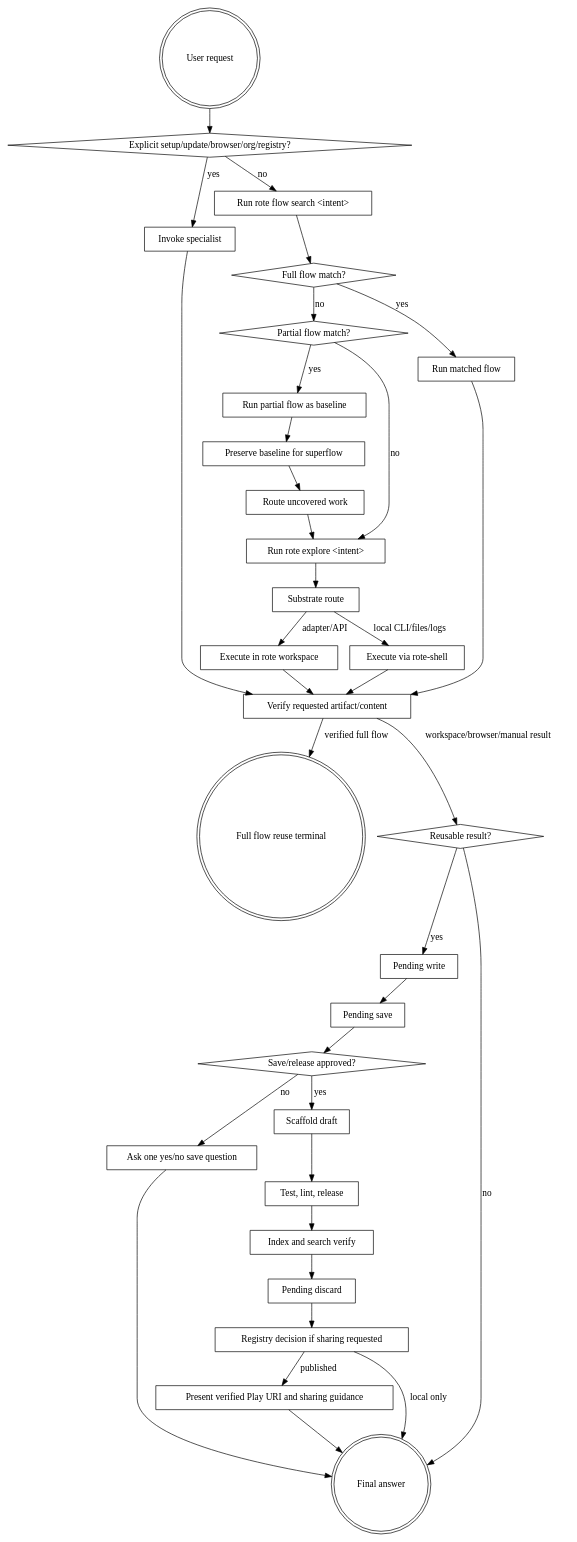
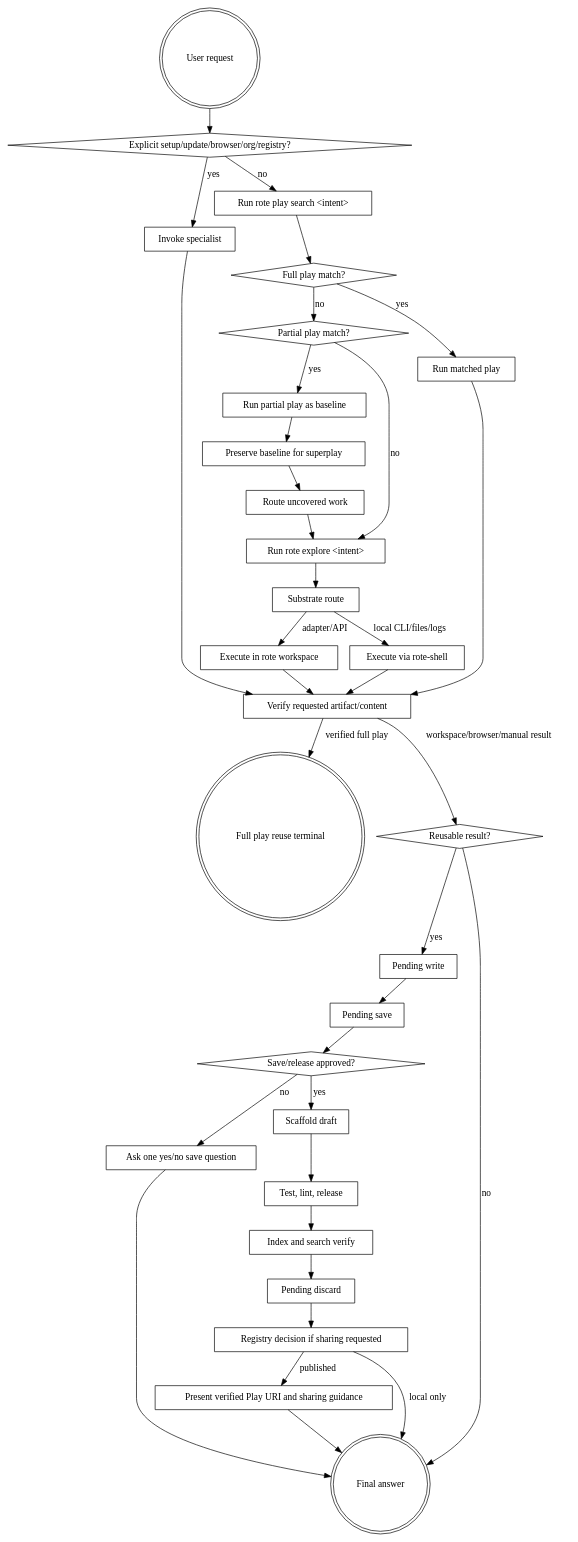
Before and after one commit to modiqo/rote-skills: the diagram in plugins/rote/skills/rote/SKILL.md, drawn with Graphviz. The commit also changed other lines of this file and 31 other files, not shown here.

````diff
--- a/plugins/rote/skills/rote/SKILL.md
+++ b/plugins/rote/skills/rote/SKILL.md
@@ -128,67 +128,67 @@
 ```dot
 digraph rote_flow {
     "User request" [shape=doublecircle];
     "Explicit setup/update/browser/org/registry?" [shape=diamond];
     "Invoke specialist" [shape=box];
-    "Run rote flow search <intent>" [shape=box];
-    "Full flow match?" [shape=diamond];
-    "Partial flow match?" [shape=diamond];
-    "Run matched flow" [shape=box];
-    "Run partial flow as baseline" [shape=box];
-    "Preserve baseline for superflow" [shape=box];
-    "Full flow reuse terminal" [shape=doublecircle];
+    "Run rote play search <intent>" [shape=box];
+    "Full play match?" [shape=diamond];
+    "Partial play match?" [shape=diamond];
+    "Run matched play" [shape=box];
+    "Run partial play as baseline" [shape=box];
+    "Preserve baseline for superplay" [shape=box];
+    "Full play reuse terminal" [shape=doublecircle];
     "Route uncovered work" [shape=box];
     "Run rote explore <intent>" [shape=box];
     "Substrate route" [shape=box];
     "Execute in rote workspace" [shape=box];
     "Execute via rote-shell" [shape=box];
     "Verify requested artifact/content" [shape=box];
     "Reusable result?" [shape=diamond];
     "Pending write" [shape=box];
     "Pending save" [shape=box];
     "Save/release approved?" [shape=diamond];
     "Ask one yes/no save question" [shape=box];
     "Scaffold draft" [shape=box];
     "Test, lint, release" [shape=box];
     "Index and search verify" [shape=box];
     "Pending discard" [shape=box];
     "Registry decision if sharing requested" [shape=box];
     "Present verified Play URI and sharing guidance" [shape=box];
     "Final answer" [shape=doublecircle];
 
     "User request" -> "Explicit setup/update/browser/org/registry?";
     "Explicit setup/update/browser/org/registry?" -> "Invoke specialist" [label="yes"];
-    "Explicit setup/update/browser/org/registry?" -> "Run rote flow search <intent>" [label="no"];
+    "Explicit setup/update/browser/org/registry?" -> "Run rote play search <intent>" [label="no"];
     "Invoke specialist" -> "Verify requested artifact/content";
-    "Run rote flow search <intent>" -> "Full flow match?";
-    "Full flow match?" -> "Run matched flow" [label="yes"];
-    "Full flow match?" -> "Partial flow match?" [label="no"];
-    "Run matched flow" -> "Verify requested artifact/content";
-    "Partial flow match?" -> "Run partial flow as baseline" [label="yes"];
-    "Partial flow match?" -> "Run rote explore <intent>" [label="no"];
-    "Run partial flow as baseline" -> "Preserve baseline for superflow";
-    "Preserve baseline for superflow" -> "Route uncovered work";
+    "Run rote play search <intent>" -> "Full play match?";
+    "Full play match?" -> "Run matched play" [label="yes"];
+    "Full play match?" -> "Partial play match?" [label="no"];
+    "Run matched play" -> "Verify requested artifact/content";
+    "Partial play match?" -> "Run partial play as baseline" [label="yes"];
+    "Partial play match?" -> "Run rote explore <intent>" [label="no"];
+    "Run partial play as baseline" -> "Preserve baseline for superplay";
+    "Preserve baseline for superplay" -> "Route uncovered work";
     "Route uncovered work" -> "Run rote explore <intent>";
     "Run rote explore <intent>" -> "Substrate route";
     "Substrate route" -> "Execute in rote workspace" [label="adapter/API"];
     "Substrate route" -> "Execute via rote-shell" [label="local CLI/files/logs"];
     "Execute in rote workspace" -> "Verify requested artifact/content";
     "Execute via rote-shell" -> "Verify requested artifact/content";
-    "Verify requested artifact/content" -> "Full flow reuse terminal" [label="verified full flow"];
+    "Verify requested artifact/content" -> "Full play reuse terminal" [label="verified full play"];
     "Verify requested artifact/content" -> "Reusable result?" [label="workspace/browser/manual result"];
     "Reusable result?" -> "Final answer" [label="no"];
     "Reusable result?" -> "Pending write" [label="yes"];
     "Pending write" -> "Pending save";
     "Pending save" -> "Save/release approved?";
     "Save/release approved?" -> "Scaffold draft" [label="yes"];
     "Save/release approved?" -> "Ask one yes/no save question" [label="no"];
     "Ask one yes/no save question" -> "Final answer";
     "Scaffold draft" -> "Test, lint, release";
     "Test, lint, release" -> "Index and search verify";
     "Index and search verify" -> "Pending discard";
     "Pending discard" -> "Registry decision if sharing requested";
     "Registry decision if sharing requested" -> "Final answer" [label="local only"];
     "Registry decision if sharing requested" -> "Present verified Play URI and sharing guidance" [label="published"];
     "Present verified Play URI and sharing guidance" -> "Final answer";
 }
 ```
````
